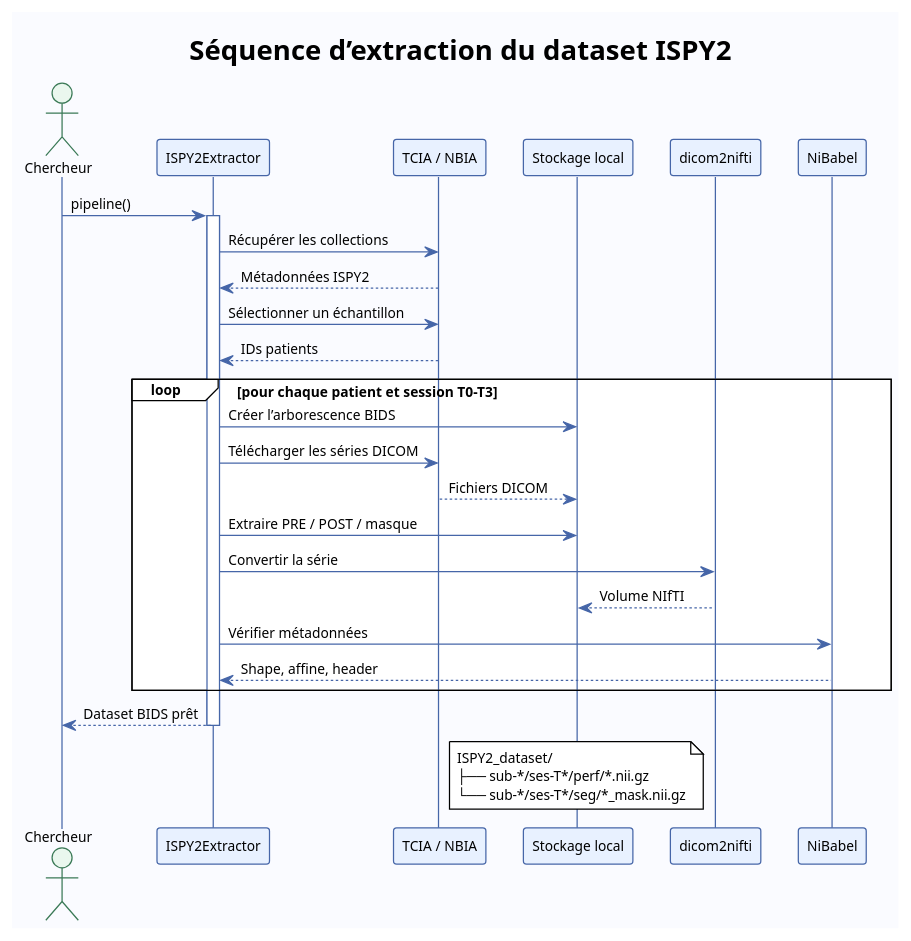
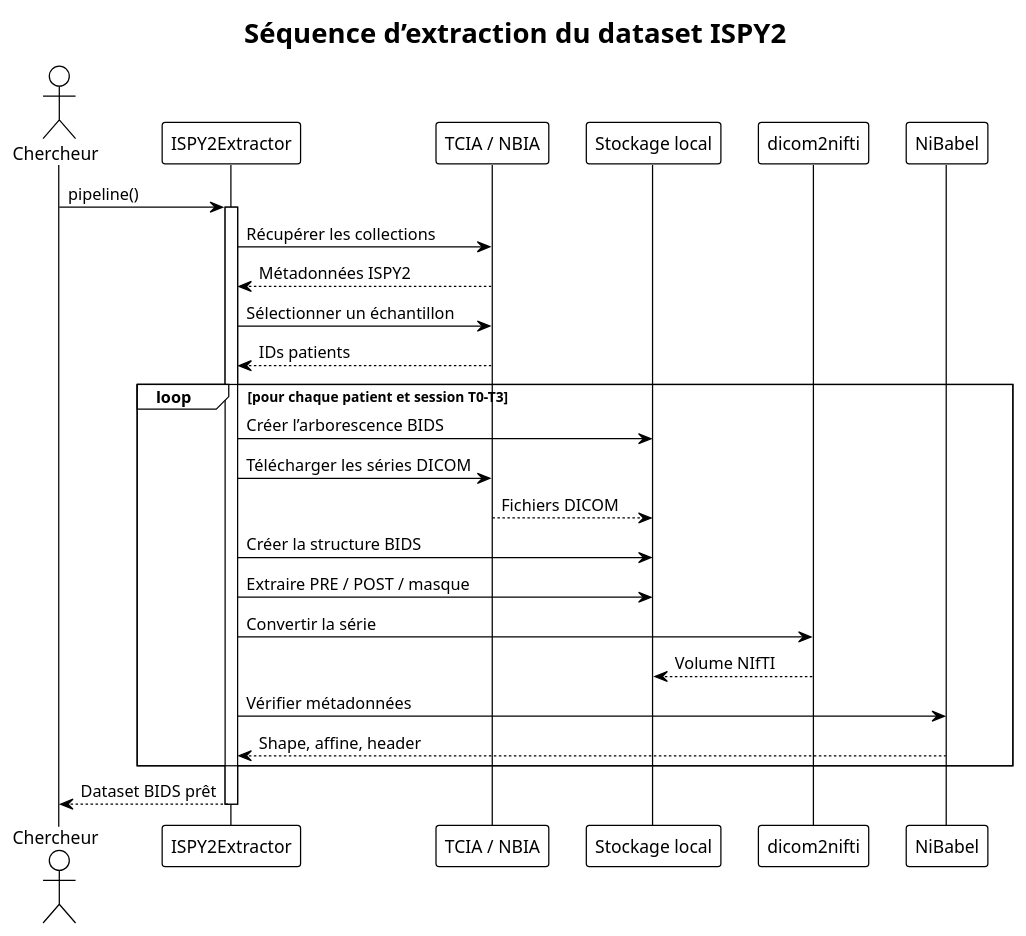
One commit to asClement/Medical_Image_Processing changed the diagram in diagrams/sequence_ispy2.puml. Above: the diagram before and after it, drawn with PlantUML. The commit also changed 34 other files, not shown here.

```diff
--- a/diagrams/sequence_ispy2.puml
+++ b/diagrams/sequence_ispy2.puml
@@ -1,55 +1,40 @@
 @startuml sequence_ispy2
-!pragma layout smetana
 !theme plain
-skinparam backgroundColor #FAFBFF
-skinparam defaultFontName Arial
-skinparam defaultFontSize 11
+skinparam monochrome true
 skinparam shadowing false
-skinparam sequence {
-  ArrowColor #4666A8
-  LifeLineBorderColor #4666A8
-  ParticipantBackgroundColor #E8F1FF
-  ParticipantBorderColor #4666A8
-  ActorBackgroundColor #EAF7EE
-  ActorBorderColor #3B7A57
-  BoxBackgroundColor #F4ECFF
-  BoxBorderColor #8064A2
-}
+skinparam responseMessageBelowArrow true
+skinparam sequenceMessageAlign left
 
 title "Séquence d’extraction du dataset ISPY2"
 
 actor Chercheur
 participant "ISPY2Extractor" as Extractor
 participant "TCIA / NBIA" as TCIA
 participant "Stockage local" as Disk
 participant "dicom2nifti" as Converter
 participant "NiBabel" as Nibabel
 
 Chercheur -> Extractor: pipeline()
 activate Extractor
 
 Extractor -> TCIA: Récupérer les collections
 TCIA --> Extractor: Métadonnées ISPY2
 Extractor -> TCIA: Sélectionner un échantillon
 TCIA --> Extractor: IDs patients
 
 loop pour chaque patient et session T0–T3
   Extractor -> Disk: Créer l’arborescence BIDS
   Extractor -> TCIA: Télécharger les séries DICOM
   TCIA --> Disk: Fichiers DICOM
+  Extractor -> Disk: Créer la structure BIDS
   Extractor -> Disk: Extraire PRE / POST / masque
   Extractor -> Converter: Convertir la série
   Converter --> Disk: Volume NIfTI
   Extractor -> Nibabel: Vérifier métadonnées
   Nibabel --> Extractor: Shape, affine, header
 end
 
 Extractor --> Chercheur: Dataset BIDS prêt
 deactivate Extractor
 
-note over Disk
-  ISPY2_dataset/
-  ├── sub-*/ses-T*/perf/*.nii.gz
-  └── sub-*/ses-T*/seg/*_mask.nii.gz
-end note
 @enduml
```
